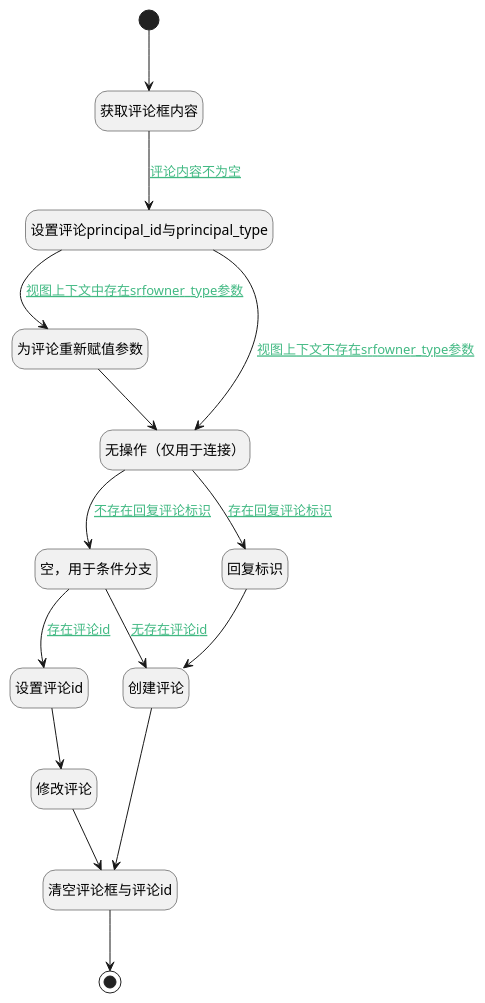
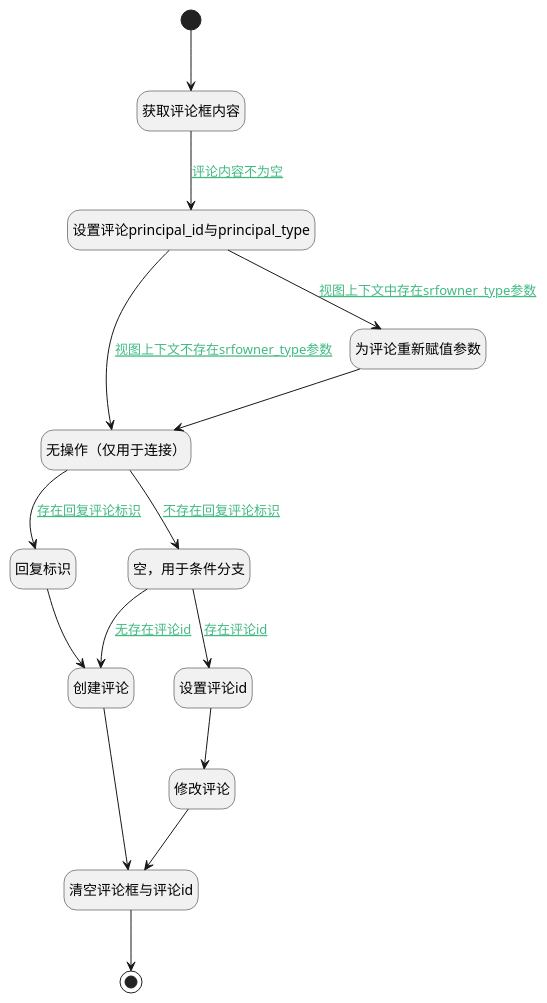
The diagram in doc/docsify/module/Base/comment/uilogic/send_comment.md (iBizLab/plm), drawn with PlantUML before and after one commit. The commit also changed other lines of this file and 1276 other files, not shown here.

````diff
--- a/doc/docsify/module/Base/comment/uilogic/send_comment.md
+++ b/doc/docsify/module/Base/comment/uilogic/send_comment.md
@@ -7,42 +7,42 @@
 ```plantuml
 @startuml
 hide footbox
 <style>
 root {
   HyperlinkColor #42b983
 }
 </style>
 
 hide empty description
 state "开始" as Begin <<start>> [[$./send_comment#begin {开始}]]
+state "结束" as END1 <<end>> [[$./send_comment#end1 {结束}]]
+state "回复标识" as PREPAREJSPARAM2  [[$./send_comment#preparejsparam2 {回复标识}]]
+state "修改评论" as DEACTION3  [[$./send_comment#deaction3 {修改评论}]]
+state "设置评论principal_id与principal_type" as PREPAREJSPARAM1  [[$./send_comment#preparejsparam1 {设置评论principal_id与principal_type}]]
+state "无操作（仅用于连接）" as PREPAREJSPARAM5  [[$./send_comment#preparejsparam5 {无操作（仅用于连接）}]]
 state "获取评论框内容" as RAWJSCODE1  [[$./send_comment#rawjscode1 {获取评论框内容}]]
+state "设置评论id" as PREPAREJSPARAM3  [[$./send_comment#preparejsparam3 {设置评论id}]]
+state "创建评论" as DEACTION2  [[$./send_comment#deaction2 {创建评论}]]
+state "空，用于条件分支" as PREPAREJSPARAM4  [[$./send_comment#preparejsparam4 {空，用于条件分支}]]
 state "为评论重新赋值参数" as PREPAREJSPARAM6  [[$./send_comment#preparejsparam6 {为评论重新赋值参数}]]
 state "清空评论框与评论id" as RAWJSCODE2  [[$./send_comment#rawjscode2 {清空评论框与评论id}]]
-state "设置评论id" as PREPAREJSPARAM3  [[$./send_comment#preparejsparam3 {设置评论id}]]
-state "设置评论principal_id与principal_type" as PREPAREJSPARAM1  [[$./send_comment#preparejsparam1 {设置评论principal_id与principal_type}]]
-state "无操作（仅用于连接）" as PREPAREJSPARAM5  [[$./send_comment#preparejsparam5 {无操作（仅用于连接）}]]
-state "空，用于条件分支" as PREPAREJSPARAM4  [[$./send_comment#preparejsparam4 {空，用于条件分支}]]
-state "结束" as END1 <<end>> [[$./send_comment#end1 {结束}]]
-state "修改评论" as DEACTION3  [[$./send_comment#deaction3 {修改评论}]]
-state "回复标识" as PREPAREJSPARAM2  [[$./send_comment#preparejsparam2 {回复标识}]]
-state "创建评论" as DEACTION2  [[$./send_comment#deaction2 {创建评论}]]
 
 
 Begin --> RAWJSCODE1
 RAWJSCODE1 --> PREPAREJSPARAM1 : [[$./send_comment#rawjscode1-preparejsparam1{评论内容不为空} 评论内容不为空]]
 PREPAREJSPARAM1 --> PREPAREJSPARAM6 : [[$./send_comment#preparejsparam1-preparejsparam6{视图上下文中存在srfowner_type参数} 视图上下文中存在srfowner_type参数]]
 PREPAREJSPARAM6 --> PREPAREJSPARAM5
 PREPAREJSPARAM5 --> PREPAREJSPARAM4 : [[$./send_comment#preparejsparam5-preparejsparam4{不存在回复评论标识} 不存在回复评论标识]]
 PREPAREJSPARAM4 --> DEACTION2 : [[$./send_comment#preparejsparam4-deaction2{无存在评论id} 无存在评论id]]
 DEACTION2 --> RAWJSCODE2
 RAWJSCODE2 --> END1
 PREPAREJSPARAM4 --> PREPAREJSPARAM3 : [[$./send_comment#preparejsparam4-preparejsparam3{存在评论id} 存在评论id]]
 PREPAREJSPARAM3 --> DEACTION3
 DEACTION3 --> RAWJSCODE2
 PREPAREJSPARAM5 --> PREPAREJSPARAM2 : [[$./send_comment#preparejsparam5-preparejsparam2{存在回复评论标识} 存在回复评论标识]]
 PREPAREJSPARAM2 --> DEACTION2
 PREPAREJSPARAM1 --> PREPAREJSPARAM5 : [[$./send_comment#preparejsparam1-preparejsparam5{视图上下文不存在srfowner_type参数} 视图上下文不存在srfowner_type参数]]
 
 
 @enduml
 ```
````
